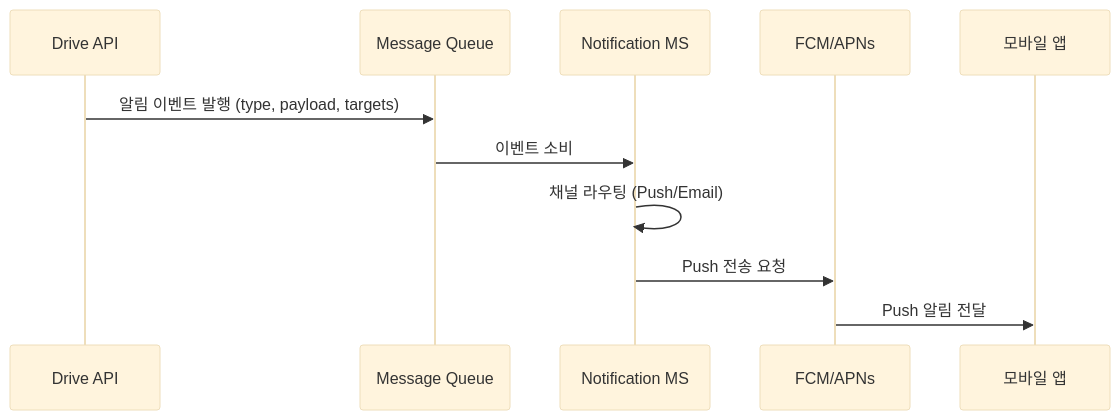
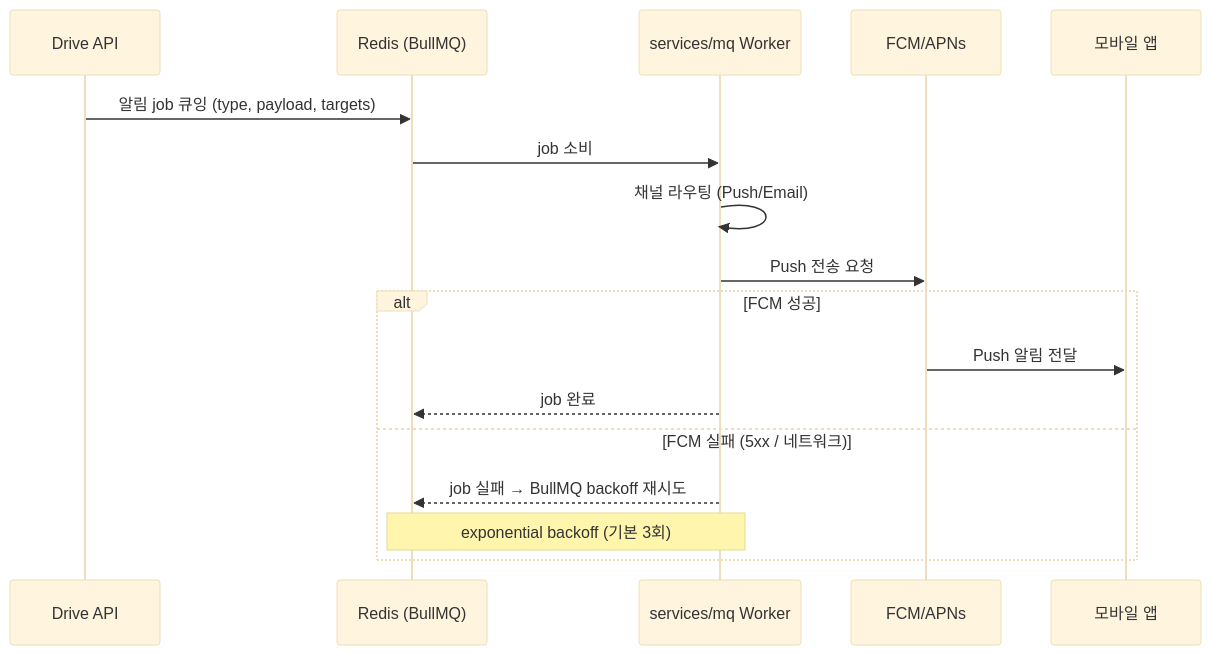
The fifth of 7 diagrams in docs/planning/architecture.md (idenn207/terab), drawn with Mermaid (base theme) before and after one commit. The commit also changed other lines of this file and 6 other files, not shown here.

First line of the commit message:
docs(arch): 아키텍처 다이어그램 재설계 + ADR 신설 (워크스트림 5)

````diff
--- a/docs/planning/architecture.md
+++ b/docs/planning/architecture.md
@@ -274,14 +334,21 @@
 ```mermaid
 sequenceDiagram
     participant API as Drive API
-    participant MQ as Message Queue
-    participant NS as Notification MS
+    participant Redis as Redis (BullMQ)
+    participant NS as services/mq Worker
     participant FCM as FCM/APNs
     participant App as 모바일 앱
 
-    API->>MQ: 알림 이벤트 발행 (type, payload, targets)
-    MQ->>NS: 이벤트 소비
+    API->>Redis: 알림 job 큐잉 (type, payload, targets)
+    Redis->>NS: job 소비
     NS->>NS: 채널 라우팅 (Push/Email)
     NS->>FCM: Push 전송 요청
-    FCM->>App: Push 알림 전달
+
+    alt FCM 성공
+        FCM->>App: Push 알림 전달
+        NS-->>Redis: job 완료
+    else FCM 실패 (5xx / 네트워크)
+        NS-->>Redis: job 실패 → BullMQ backoff 재시도
+        Note over Redis,NS: exponential backoff (기본 3회)
+    end
 ```
````
